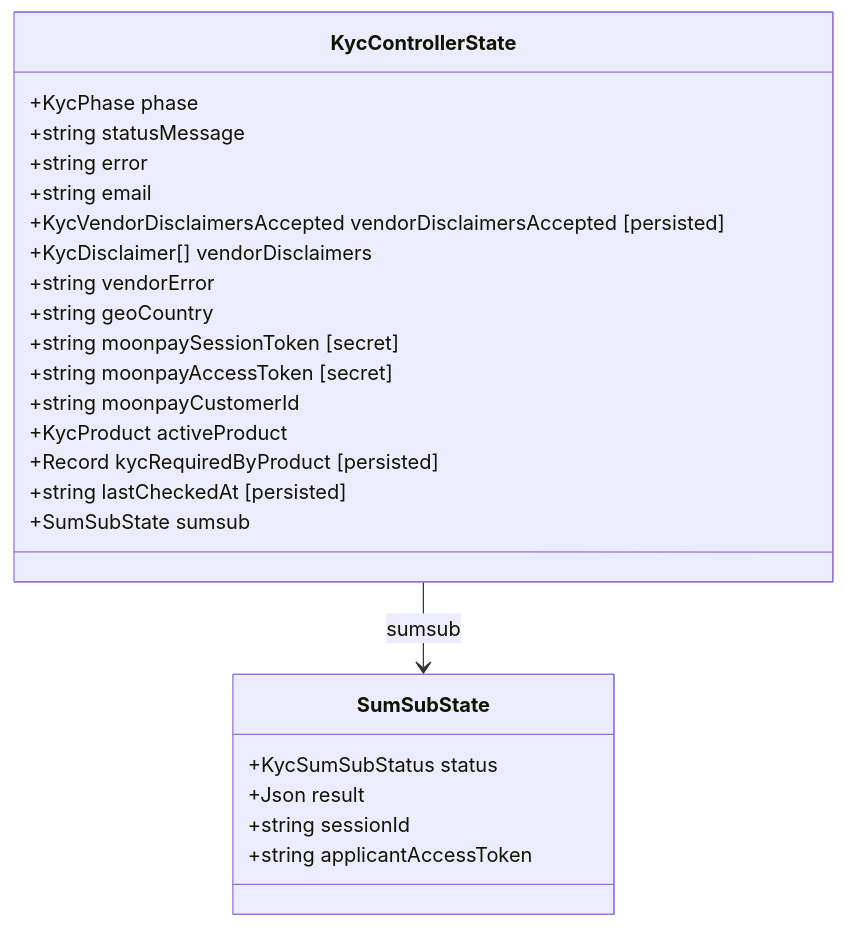
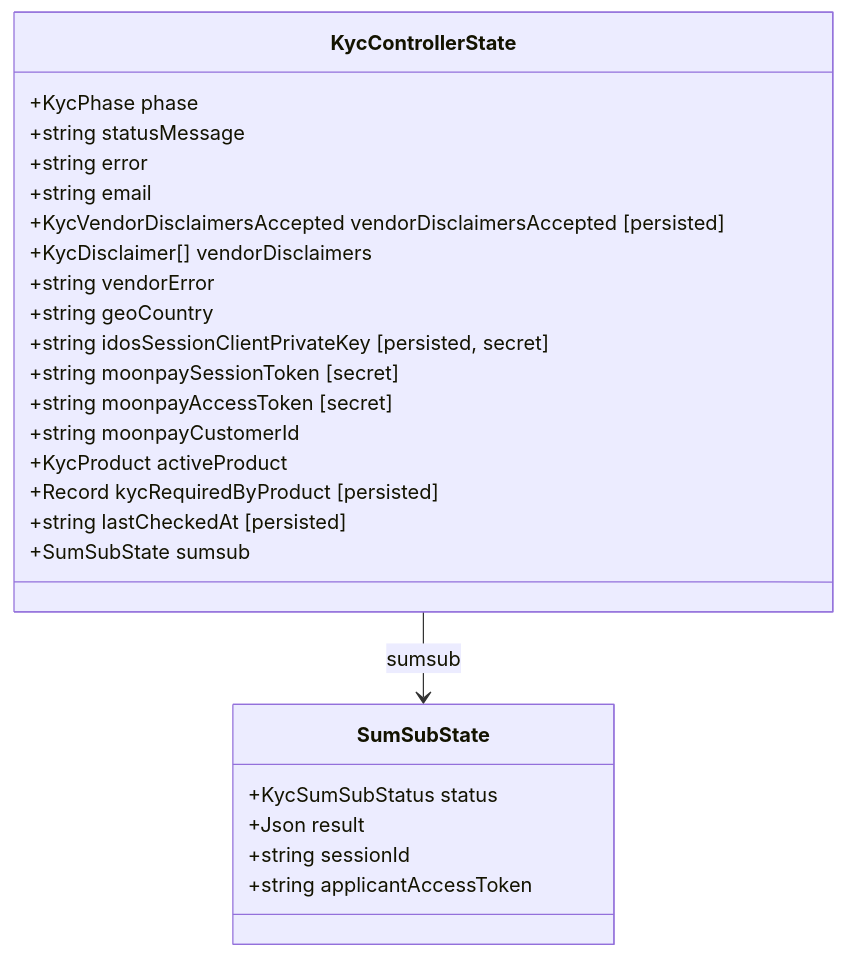
Before and after one commit to MetaMask/core: the second of 10 diagrams in packages/kyc-controller/ARCHITECTURE.md, drawn with Mermaid. The commit also changed other lines of this file and 2 other files, not shown here.

Commit message:
persist idos sessionClientPrivateKey. Reuse if exists

````diff
--- a/packages/kyc-controller/ARCHITECTURE.md
+++ b/packages/kyc-controller/ARCHITECTURE.md
@@ -173,27 +173,28 @@
 ```mermaid
 classDiagram
     class KycControllerState {
         +KycPhase phase
         +string statusMessage
         +string error
         +string email
         +KycVendorDisclaimersAccepted vendorDisclaimersAccepted [persisted]
         +KycDisclaimer[] vendorDisclaimers
         +string vendorError
         +string geoCountry
+        +string idosSessionClientPrivateKey [persisted, secret]
         +string moonpaySessionToken [secret]
         +string moonpayAccessToken [secret]
         +string moonpayCustomerId
         +KycProduct activeProduct
         +Record kycRequiredByProduct [persisted]
         +string lastCheckedAt [persisted]
         +SumSubState sumsub
     }
     class SumSubState {
         +KycSumSubStatus status
         +Json result
         +string sessionId
         +string applicantAccessToken
     }
     KycControllerState --> SumSubState : sumsub
 ```
````
